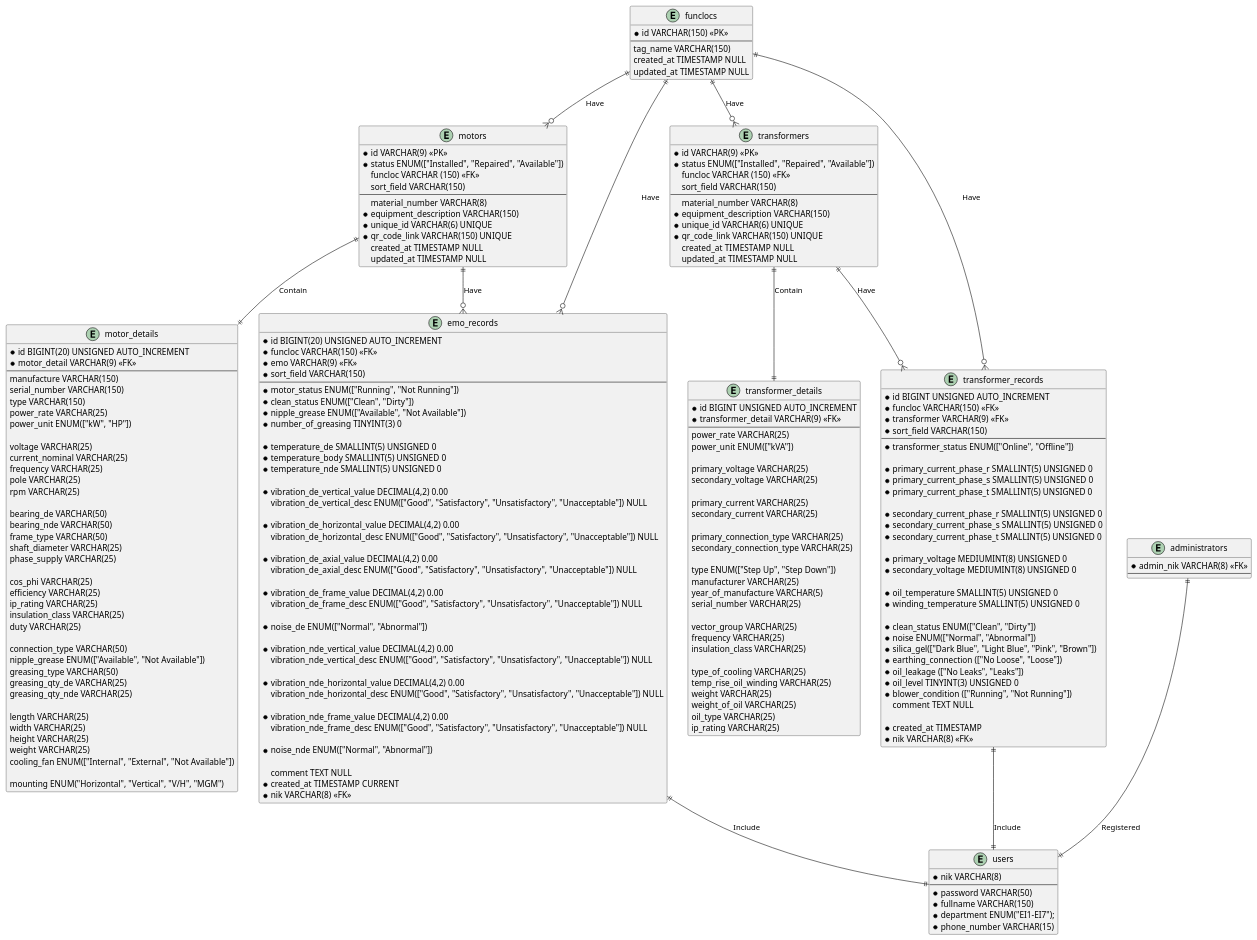
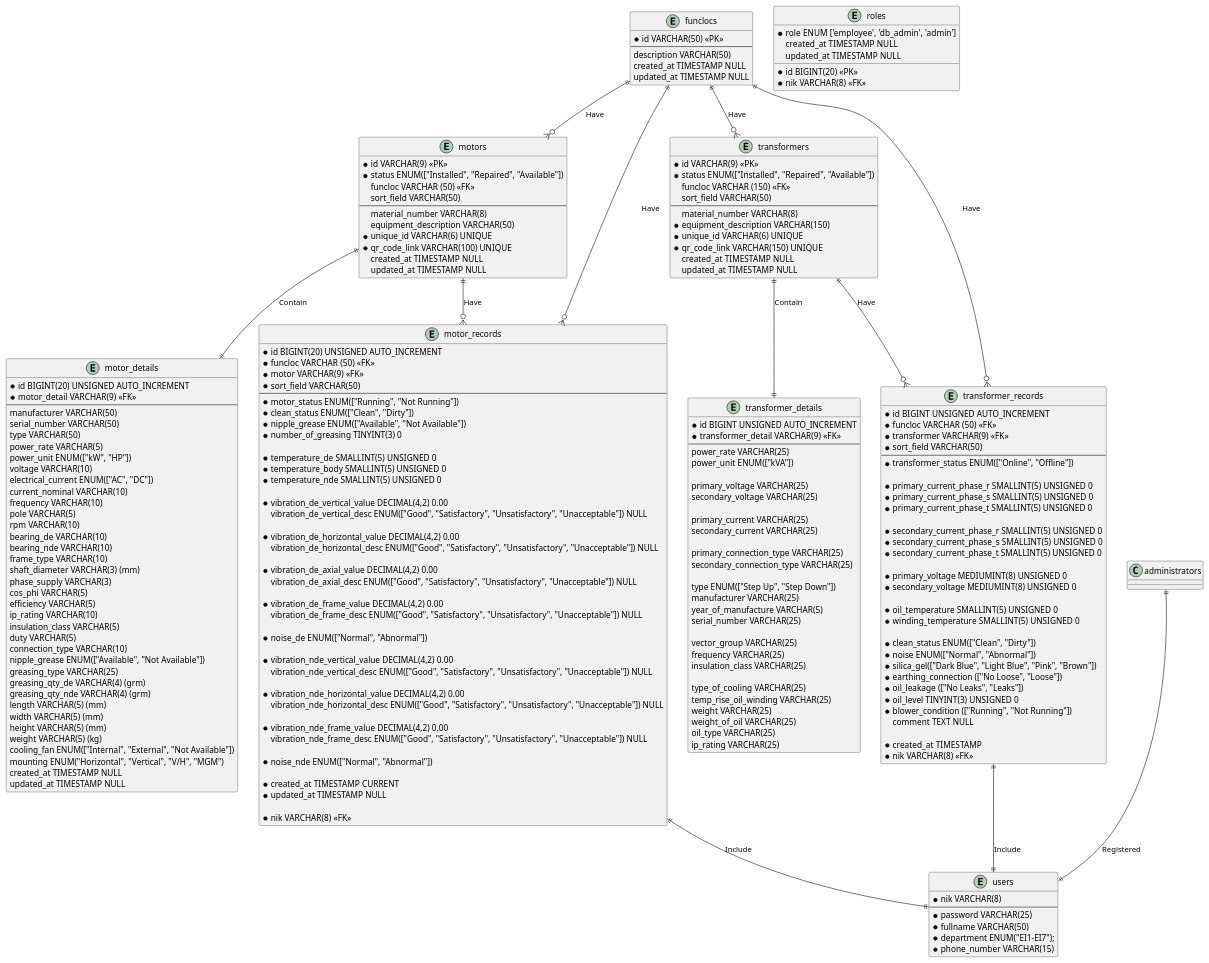
One commit to doniduaasattuu/fajar-e-maintenance changed the diagram in docs/fajar_e_maintenance.puml. Above: the diagram before and after it, drawn with PlantUML. The commit also changed 42 other files, not shown here.

```diff
--- a/docs/fajar_e_maintenance.puml
+++ b/docs/fajar_e_maintenance.puml
@@ -2,9 +2,9 @@
 
 entity funclocs
 {
-    * id VARCHAR(150) <<PK>>
+    * id VARCHAR(50) <<PK>>
     --
-      tag_name VARCHAR(150)
+      description VARCHAR(50)
       created_at TIMESTAMP NULL
       updated_at TIMESTAMP NULL
 }
@@ -13,13 +13,13 @@
 {
     * id VARCHAR(9) <<PK>>
     * status ENUM(["Installed", "Repaired", "Available"])
-      funcloc VARCHAR (150) <<FK>>
-      sort_field VARCHAR(150)
+      funcloc VARCHAR (50) <<FK>>
+      sort_field VARCHAR(50)
     --
       material_number VARCHAR(8)
-    * equipment_description VARCHAR(150)
+      equipment_description VARCHAR(50)
     * unique_id VARCHAR(6) UNIQUE
-    * qr_code_link VARCHAR(150) UNIQUE
+    * qr_code_link VARCHAR(100) UNIQUE
       created_at TIMESTAMP NULL
       updated_at TIMESTAMP NULL
 }
@@ -28,50 +28,47 @@
     * id BIGINT(20) UNSIGNED AUTO_INCREMENT
     * motor_detail VARCHAR(9) <<FK>>
     --
-    manufacture VARCHAR(150)
-    serial_number VARCHAR(150)
-    type VARCHAR(150)
-    power_rate VARCHAR(25)
+    manufacturer VARCHAR(50)
+    serial_number VARCHAR(50)
+    type VARCHAR(50)
+    power_rate VARCHAR(5)
     power_unit ENUM(["kW", "HP"])
-
-    voltage VARCHAR(25)
-    current_nominal VARCHAR(25)
-    frequency VARCHAR(25)
-    pole VARCHAR(25)
-    rpm VARCHAR(25)
-
-    bearing_de VARCHAR(50)
-    bearing_nde VARCHAR(50)
-    frame_type VARCHAR(50)
-    shaft_diameter VARCHAR(25)
-    phase_supply VARCHAR(25)
-
-    cos_phi VARCHAR(25)
-    efficiency VARCHAR(25)
-    ip_rating VARCHAR(25)
-    insulation_class VARCHAR(25)
-    duty VARCHAR(25)
-
-    connection_type VARCHAR(50)
+    voltage VARCHAR(10)
+    electrical_current ENUM(["AC", "DC"])
+    current_nominal VARCHAR(10)
+    frequency VARCHAR(10)
+    pole VARCHAR(5)
+    rpm VARCHAR(10)
+    bearing_de VARCHAR(10)
+    bearing_nde VARCHAR(10)
+    frame_type VARCHAR(10)
+    shaft_diameter VARCHAR(3) (mm)
+    phase_supply VARCHAR(3)
+    cos_phi VARCHAR(5)
+    efficiency VARCHAR(5)
+    ip_rating VARCHAR(10)
+    insulation_class VARCHAR(5)
+    duty VARCHAR(5)
+    connection_type VARCHAR(10)
     nipple_grease ENUM(["Available", "Not Available"])
-    greasing_type VARCHAR(50)
-    greasing_qty_de VARCHAR(25)
-    greasing_qty_nde VARCHAR(25)
-
-    length VARCHAR(25)
-    width VARCHAR(25)
-    height VARCHAR(25)
-    weight VARCHAR(25)
+    greasing_type VARCHAR(25)
+    greasing_qty_de VARCHAR(4) (grm)
+    greasing_qty_nde VARCHAR(4) (grm)
+    length VARCHAR(5) (mm)
+    width VARCHAR(5) (mm)
+    height VARCHAR(5) (mm) 
+    weight VARCHAR(5) (kg)
     cooling_fan ENUM(["Internal", "External", "Not Available"])
-
     mounting ENUM("Horizontal", "Vertical", "V/H", "MGM")
+    created_at TIMESTAMP NULL
+    updated_at TIMESTAMP NULL
 }
 
-entity emo_records {
+entity motor_records {
     * id BIGINT(20) UNSIGNED AUTO_INCREMENT
-    * funcloc VARCHAR(150) <<FK>>
-    * emo VARCHAR(9) <<FK>>
-    * sort_field VARCHAR(150)
+    * funcloc VARCHAR (50) <<FK>>
+    * motor VARCHAR(9) <<FK>>
+    * sort_field VARCHAR(50)
     --
     * motor_status ENUM(["Running", "Not Running"])
     * clean_status ENUM(["Clean", "Dirty"])
@@ -107,30 +104,34 @@
       
     * noise_nde ENUM(["Normal", "Abnormal"])
 
-      comment TEXT NULL
     * created_at TIMESTAMP CURRENT
+    * updated_at TIMESTAMP NULL
+
     * nik VARCHAR(8) <<FK>>
 }
 
 entity users {
     * nik VARCHAR(8)
     --
-    * password VARCHAR(50)
-    * fullname VARCHAR(150)
+    * password VARCHAR(25)
+    * fullname VARCHAR(50)
     * department ENUM("EI1-EI7");
     * phone_number VARCHAR(15)
 }
 
-entity administrators {
-    * admin_nik VARCHAR(8) <<FK>>
-    --
+entity roles {
+    * id BIGINT(20) <<PK>>
+    * nik VARCHAR(8) <<FK>>
+    * role ENUM ['employee', 'db_admin', 'admin']
+      created_at TIMESTAMP NULL
+      updated_at TIMESTAMP NULL
 }
 
 entity transformers {
     * id VARCHAR(9) <<PK>>
     * status ENUM(["Installed", "Repaired", "Available"])
       funcloc VARCHAR (150) <<FK>>
-      sort_field VARCHAR(150)
+      sort_field VARCHAR(50)
     --
       material_number VARCHAR(8)
     * equipment_description VARCHAR(150)
@@ -175,9 +176,9 @@
 
 entity transformer_records {
     * id BIGINT UNSIGNED AUTO_INCREMENT
-    * funcloc VARCHAR(150) <<FK>>
+    * funcloc VARCHAR (50) <<FK>>
     * transformer VARCHAR(9) <<FK>>
-    * sort_field VARCHAR(150)
+    * sort_field VARCHAR(50)
     --
     * transformer_status ENUM(["Online", "Offline"])
 
@@ -209,10 +210,10 @@
 }
  
 funclocs ||--o{ motors : Have
-funclocs ||--o{ emo_records : Have
-motors ||--o{ emo_records : Have
+funclocs ||--o{ motor_records : Have
+motors ||--o{ motor_records : Have
 motors ||--|| motor_details : Contain
-emo_records ||--|| users : Include
+motor_records ||--|| users : Include
 administrators ||--|| users : Registered
 
 funclocs ||--o{ transformers : Have
```
